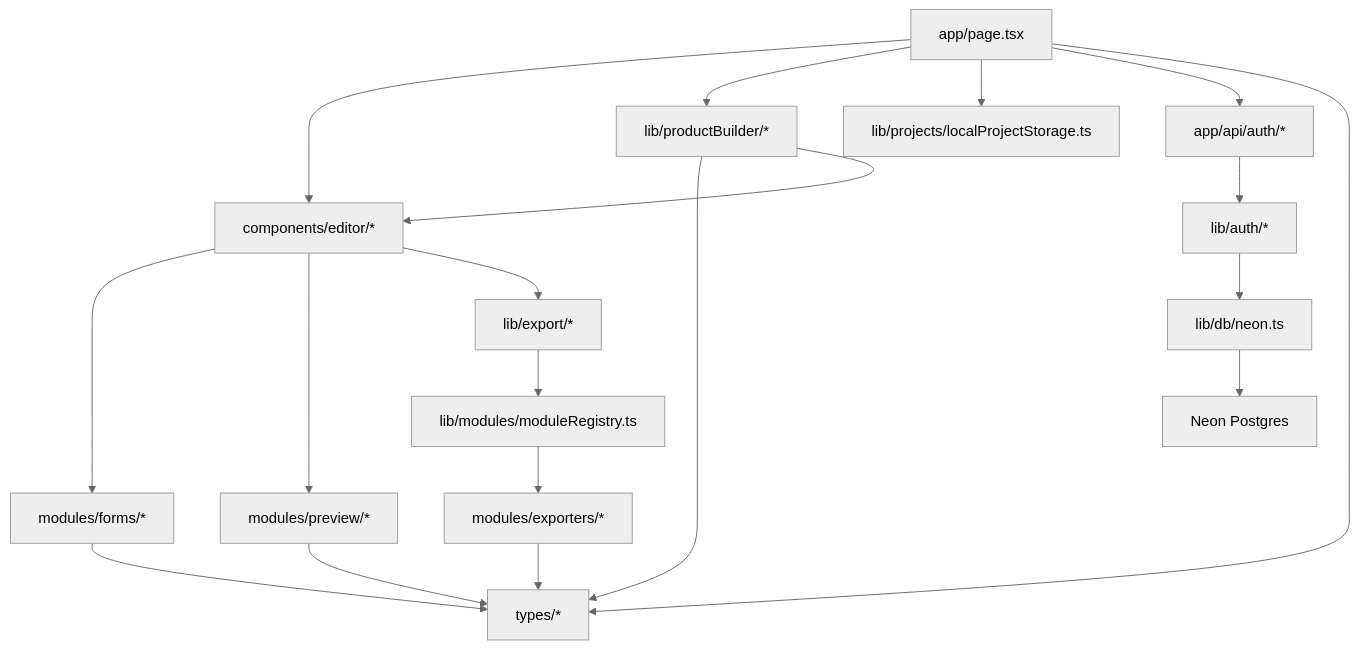
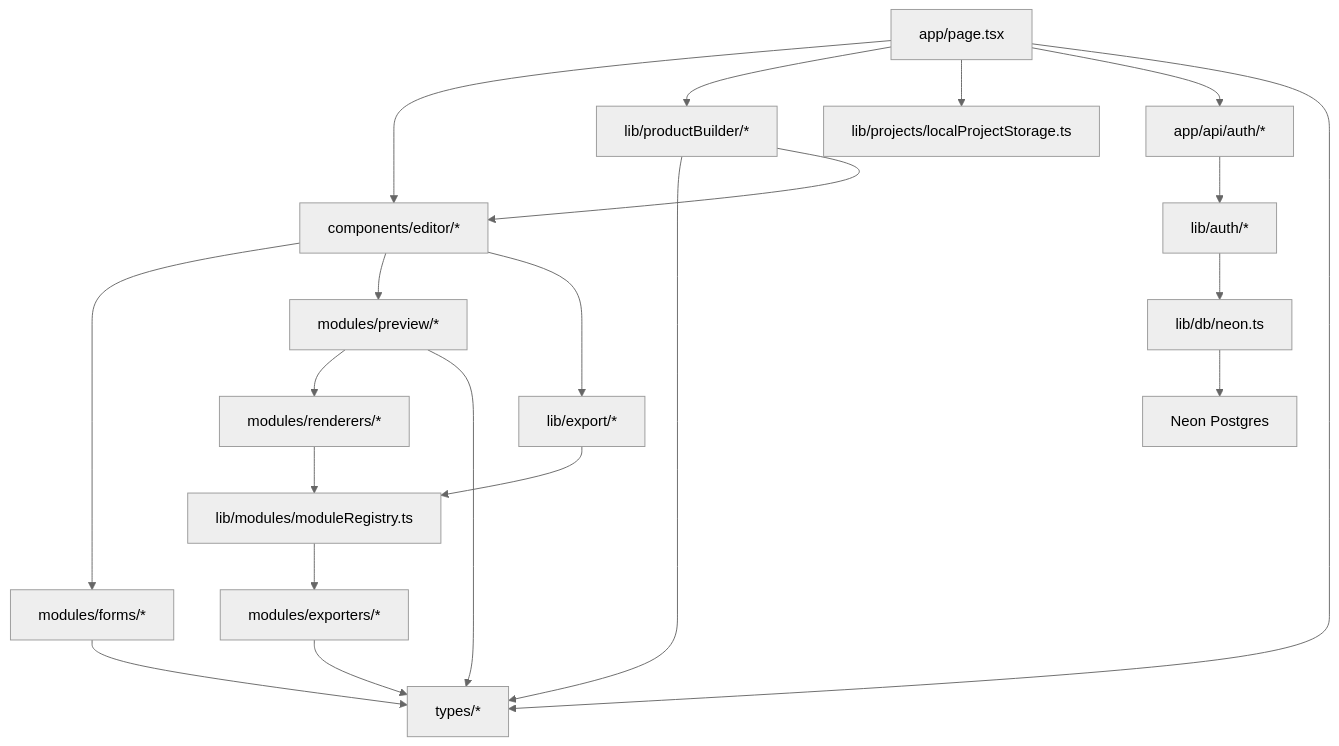
One commit to Iveslee00/Campaign-Module-Builder changed the second of 8 diagrams in docs/site-architecture.md. Above: the diagram before and after it, drawn with Mermaid (neutral theme). The commit also changed other lines of this file and 27 other files, not shown here.

Commit message:
Add Phase 3 shared module rendering

````diff
--- a/docs/site-architecture.md
+++ b/docs/site-architecture.md
@@ -54,35 +54,38 @@
 ```mermaid
 flowchart TD
   App["app/page.tsx"]
   AuthApi["app/api/auth/*"]
   Editor["components/editor/*"]
   Forms["modules/forms/*"]
   Preview["modules/preview/*"]
+  SharedRenderer["modules/renderers/*"]
   Exporters["modules/exporters/*"]
   ModuleRegistry["lib/modules/moduleRegistry.ts"]
   ExportLib["lib/export/*"]
   ProductStarter["lib/productBuilder/*"]
   ProjectStorage["lib/projects/localProjectStorage.ts"]
   AuthLib["lib/auth/*"]
   DbLib["lib/db/neon.ts"]
   Types["types/*"]
 
   App --> Editor
   App --> ProductStarter
   App --> ProjectStorage
   App --> AuthApi
   Editor --> Forms
   Editor --> Preview
+  Preview --> SharedRenderer
+  SharedRenderer --> ModuleRegistry
   Editor --> ExportLib
   ProductStarter --> Types
   ProductStarter --> Editor
   ExportLib --> ModuleRegistry
   ModuleRegistry --> Exporters
   AuthApi --> AuthLib
   AuthLib --> DbLib
   DbLib --> Neon["Neon Postgres"]
   App --> Types
   Forms --> Types
   Preview --> Types
   Exporters --> Types
 ```
````
